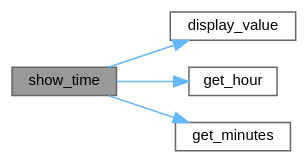
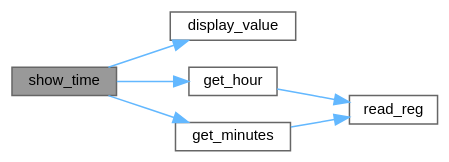
Before and after one commit to Ghaadyy/elevator-controller: the diagram in dev/cabin__display_8c_a60628b78e24af29bb233c390d51385ce_cgraph.dot, drawn with Graphviz. The commit also changed 90 other files, not shown here.

```diff
--- a/dev/cabin__display_8c_a60628b78e24af29bb233c390d51385ce_cgraph.dot
+++ b/dev/cabin__display_8c_a60628b78e24af29bb233c390d51385ce_cgraph.dot
@@ -1,15 +1,18 @@
 digraph "show_time"
 {
  // LATEX_PDF_SIZE
   bgcolor="transparent";
   edge [fontname=Helvetica,fontsize=10,labelfontname=Helvetica,labelfontsize=10];
   node [fontname=Helvetica,fontsize=10,shape=box,height=0.2,width=0.4];
   rankdir="LR";
   Node1 [id="Node000001",label="show_time",height=0.2,width=0.4,color="gray40", fillcolor="grey60", style="filled", fontcolor="black",tooltip="Display the current time in (HH:MM) format."];
   Node1 -> Node2 [id="edge1_Node000001_Node000002",color="steelblue1",style="solid",tooltip=" "];
   Node2 [id="Node000002",label="display_value",height=0.2,width=0.4,color="grey40", fillcolor="white", style="filled",URL="$cabin__display_8c.html#a1c3320d2f19fbf616c4be1c441dceb0b",tooltip="Display a 2-digit value across two 7-segment displays."];
   Node1 -> Node3 [id="edge2_Node000001_Node000003",color="steelblue1",style="solid",tooltip=" "];
-  Node3 [id="Node000003",label="get_hour",height=0.2,width=0.4,color="grey40", fillcolor="white", style="filled",URL="$ds1307_8c.html#ac584d2e0b9c3313f3962e20e33da09e9",tooltip="Get the hour in BCD format."];
-  Node1 -> Node4 [id="edge3_Node000001_Node000004",color="steelblue1",style="solid",tooltip=" "];
-  Node4 [id="Node000004",label="get_minutes",height=0.2,width=0.4,color="grey40", fillcolor="white", style="filled",URL="$ds1307_8c.html#a186119669a4f58641ff4fbb96c90c580",tooltip="Get the minutes in BCD format."];
+  Node3 [id="Node000003",label="get_hour",height=0.2,width=0.4,color="grey40", fillcolor="white", style="filled",URL="$date_8c.html#ac584d2e0b9c3313f3962e20e33da09e9",tooltip="Get the hour in BCD format."];
+  Node3 -> Node4 [id="edge3_Node000003_Node000004",color="steelblue1",style="solid",tooltip=" "];
+  Node4 [id="Node000004",label="read_reg",height=0.2,width=0.4,color="grey40", fillcolor="white", style="filled",URL="$ds1307_8c.html#a6eabf08e23fb4e463ca64022323f04d2",tooltip="Reads a DS1307 register value."];
+  Node1 -> Node5 [id="edge4_Node000001_Node000005",color="steelblue1",style="solid",tooltip=" "];
+  Node5 [id="Node000005",label="get_minutes",height=0.2,width=0.4,color="grey40", fillcolor="white", style="filled",URL="$date_8c.html#a186119669a4f58641ff4fbb96c90c580",tooltip="Get the minutes in BCD format."];
+  Node5 -> Node4 [id="edge5_Node000005_Node000004",color="steelblue1",style="solid",tooltip=" "];
 }
```
